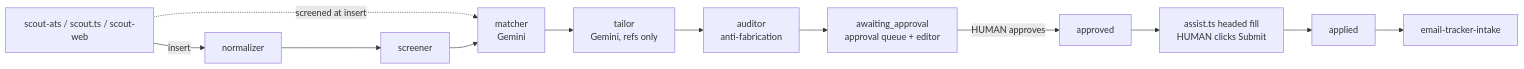
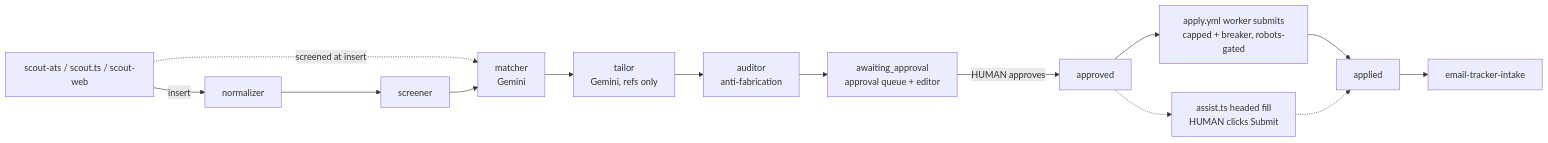
One commit to MallamTeja/applyyy changed the third of 3 diagrams in docs/SYSTEM_ARCHITECTURE.md. Above: the diagram before and after it, drawn with Mermaid. The commit also changed other lines of this file and 4 other files, not shown here.

````diff
--- a/docs/SYSTEM_ARCHITECTURE.md
+++ b/docs/SYSTEM_ARCHITECTURE.md
@@ -159,10 +161,12 @@
 ```mermaid
 flowchart LR
   scout[scout-ats / scout.ts / scout-web] -->|insert| N[normalizer] --> S[screener]
   scout -.->|screened at insert| M
   S --> M[matcher<br/>Gemini] --> T[tailor<br/>Gemini, refs only] --> A[auditor<br/>anti-fabrication]
   A --> Q[awaiting_approval<br/>approval queue + editor]
   Q -->|HUMAN approves| AP[approved]
-  AP --> AS[assist.ts headed fill<br/>HUMAN clicks Submit]
-  AS --> AD[applied] --> ET[email-tracker-intake]
+  AP --> W[apply.yml worker submits<br/>capped + breaker, robots-gated]
+  AP -.-> AS[assist.ts headed fill<br/>HUMAN clicks Submit]
+  W --> AD[applied] --> ET[email-tracker-intake]
+  AS -.-> AD
 ```
````
